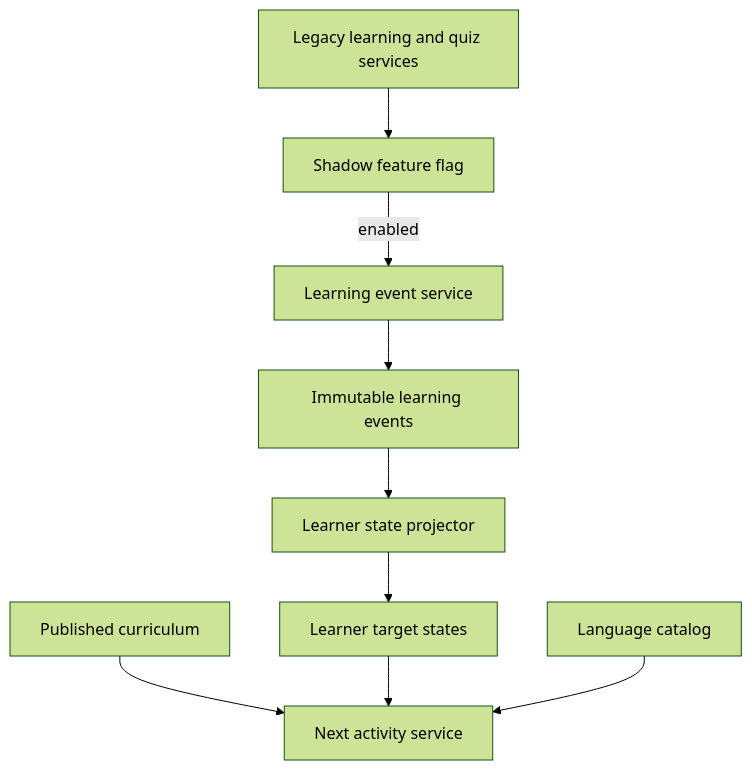
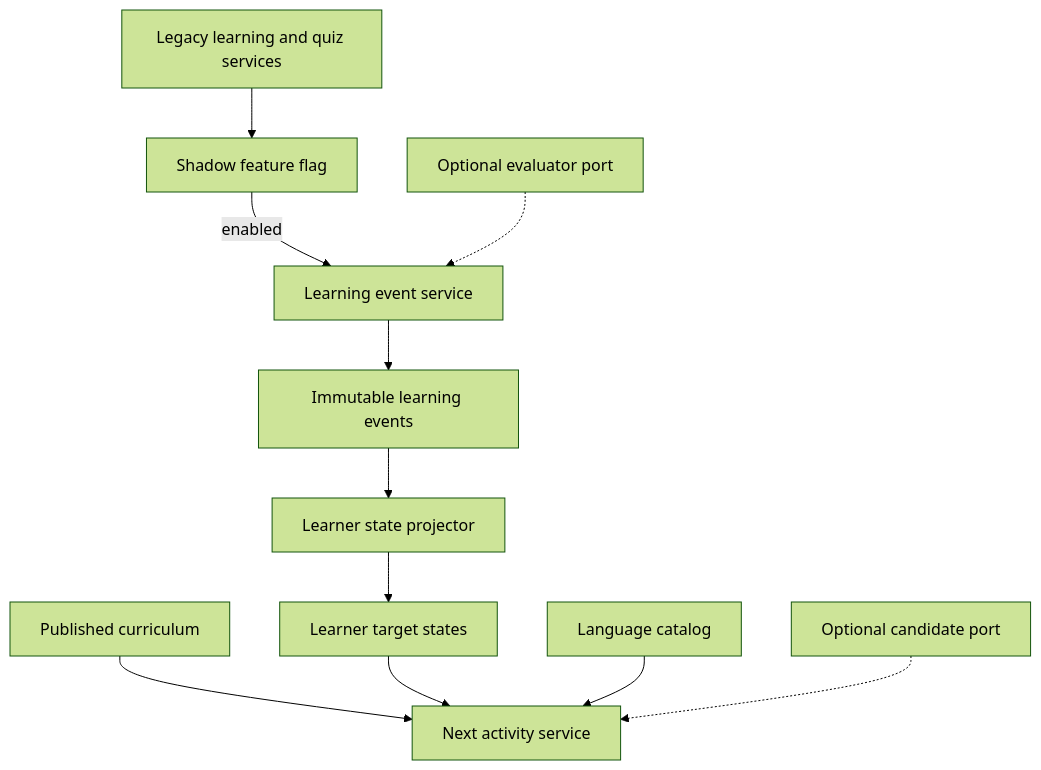
The diagram in docs/sdd/SDD-backend-language-assistant-foundation-2026-08-26.md (ALaunert/slovnik), drawn with Mermaid (forest theme) before and after one commit. The commit also changed other lines of this file and 9 other files, not shown here.

Commit message:
docs: harden language assistant architecture specs

````diff
--- a/docs/sdd/SDD-backend-language-assistant-foundation-2026-08-26.md
+++ b/docs/sdd/SDD-backend-language-assistant-foundation-2026-08-26.md
@@ -108,21 +119,25 @@
 ```mermaid
 flowchart TB
     Legacy["Legacy learning and quiz services"]
     Flag["Shadow feature flag"]
     Recorder["Learning event service"]
     Events["Immutable learning events"]
     Projector["Learner state projector"]
     State["Learner target states"]
     Curriculum["Published curriculum"]
     Selector["Next activity service"]
     Catalog["Language catalog"]
+    AiCandidate["Optional candidate port"]
+    AiEvaluator["Optional evaluator port"]
 
     Legacy --> Flag
     Flag -->|"enabled"| Recorder
     Recorder --> Events
     Events --> Projector
     Projector --> State
     Curriculum --> Selector
     State --> Selector
     Catalog --> Selector
+    AiCandidate -.-> Selector
+    AiEvaluator -.-> Recorder
 ```
````
